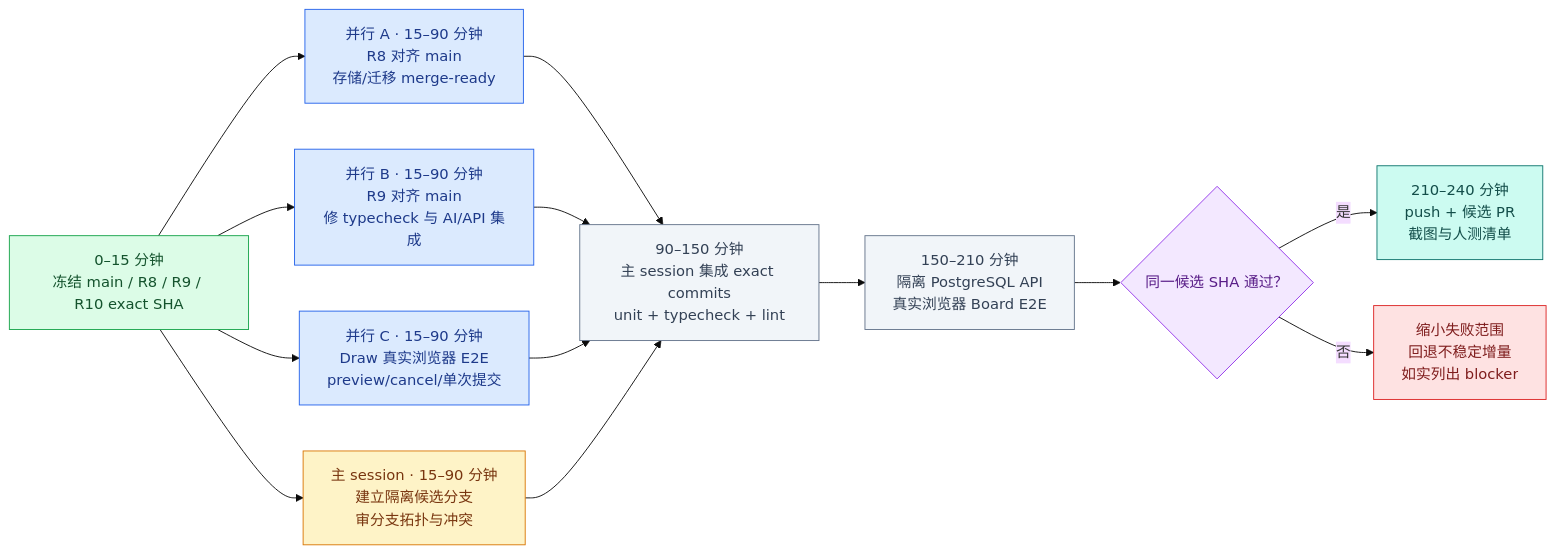
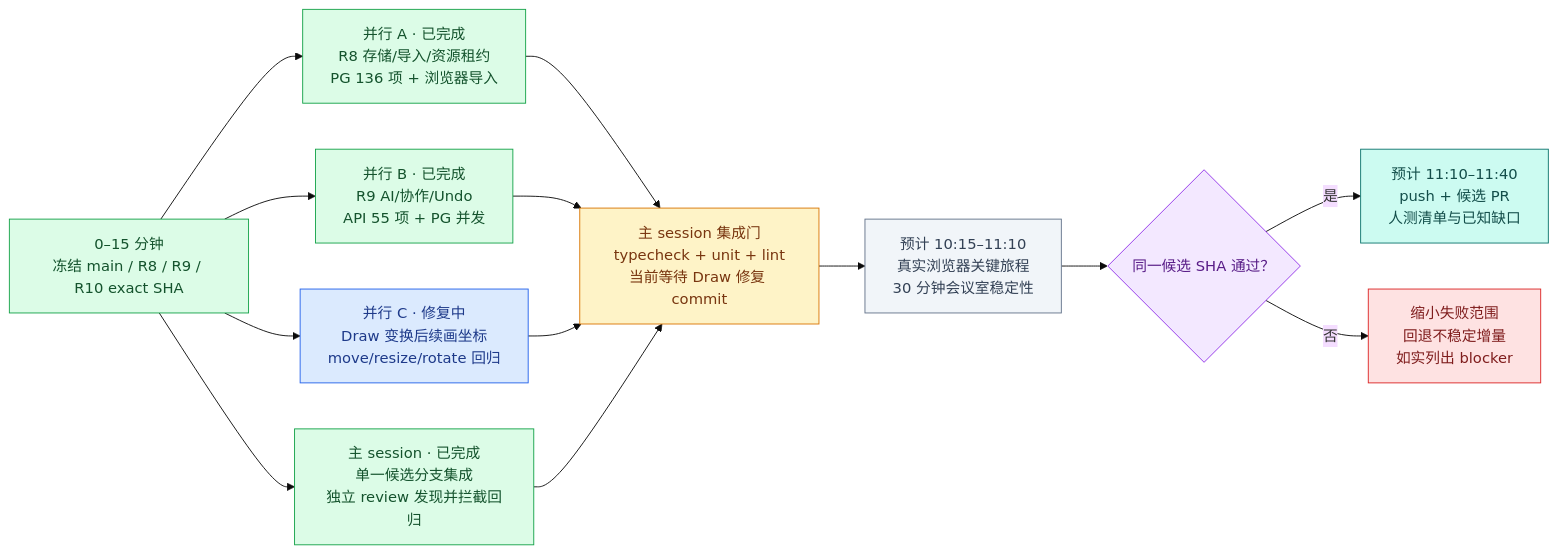
Before and after one commit to boardx/workspacex: the fifth of 5 diagrams in phases/phase-19-board-visual-workspace/design-deltas/2026-09-26-unified-board-plan.md, drawn with Mermaid (base theme). The commit also changed other lines of this file, not shown here.

Commit message:
docs(board): refresh candidate gate status

````diff
--- a/phases/phase-19-board-visual-workspace/design-deltas/2026-09-26-unified-board-plan.md
+++ b/phases/phase-19-board-visual-workspace/design-deltas/2026-09-26-unified-board-plan.md
@@ -315,23 +315,23 @@
 ```mermaid
 flowchart LR
   T0["0–15 分钟<br/>冻结 main / R8 / R9 / R10 exact SHA"]:::done
-  T0 --> P8["并行 A · 15–90 分钟<br/>R8 对齐 main<br/>存储/迁移 merge-ready"]:::active
-  T0 --> P9["并行 B · 15–90 分钟<br/>R9 对齐 main<br/>修 typecheck 与 AI/API 集成"]:::active
-  T0 --> P10["并行 C · 15–90 分钟<br/>Draw 真实浏览器 E2E<br/>preview/cancel/单次提交"]:::active
-  T0 --> ROOT["主 session · 15–90 分钟<br/>建立隔离候选分支<br/>审分支拓扑与冲突"]:::testing
-  P8 --> INT["90–150 分钟<br/>主 session 集成 exact commits<br/>unit + typecheck + lint"]:::planned
+  T0 --> P8["并行 A · 已完成<br/>R8 存储/导入/资源租约<br/>PG 136 项 + 浏览器导入"]:::done
+  T0 --> P9["并行 B · 已完成<br/>R9 AI/协作/Undo<br/>API 55 项 + PG 并发"]:::done
+  T0 --> P10["并行 C · 修复中<br/>Draw 变换后续画坐标<br/>move/resize/rotate 回归"]:::active
+  T0 --> ROOT["主 session · 已完成<br/>单一候选分支集成<br/>独立 review 发现并拦截回归"]:::done
+  P8 --> INT["主 session 集成门<br/>typecheck + unit + lint<br/>当前等待 Draw 修复 commit"]:::testing
   P9 --> INT
   P10 --> INT
   ROOT --> INT
-  INT --> E2E["150–210 分钟<br/>隔离 PostgreSQL API<br/>真实浏览器 Board E2E"]:::planned
+  INT --> E2E["预计 10:15–11:10<br/>真实浏览器关键旅程<br/>30 分钟会议室稳定性"]:::planned
   E2E --> GATE{"同一候选 SHA 通过？"}:::gate
-  GATE -->|是| PR["210–240 分钟<br/>push + 候选 PR<br/>截图与人测清单"]:::release
+  GATE -->|是| PR["预计 11:10–11:40<br/>push + 候选 PR<br/>人测清单与已知缺口"]:::release
   GATE -->|否| DISCLOSE["缩小失败范围<br/>回退不稳定增量<br/>如实列出 blocker"]:::blocked
   classDef done fill:#dcfce7,stroke:#16a34a,color:#14532d
   classDef active fill:#dbeafe,stroke:#2563eb,color:#1e3a8a
   classDef testing fill:#fef3c7,stroke:#d97706,color:#78350f
   classDef planned fill:#f1f5f9,stroke:#64748b,color:#334155
   classDef gate fill:#f3e8ff,stroke:#9333ea,color:#581c87
   classDef release fill:#ccfbf1,stroke:#0f766e,color:#134e4a
   classDef blocked fill:#fee2e2,stroke:#dc2626,color:#7f1d1d
 ```
````
